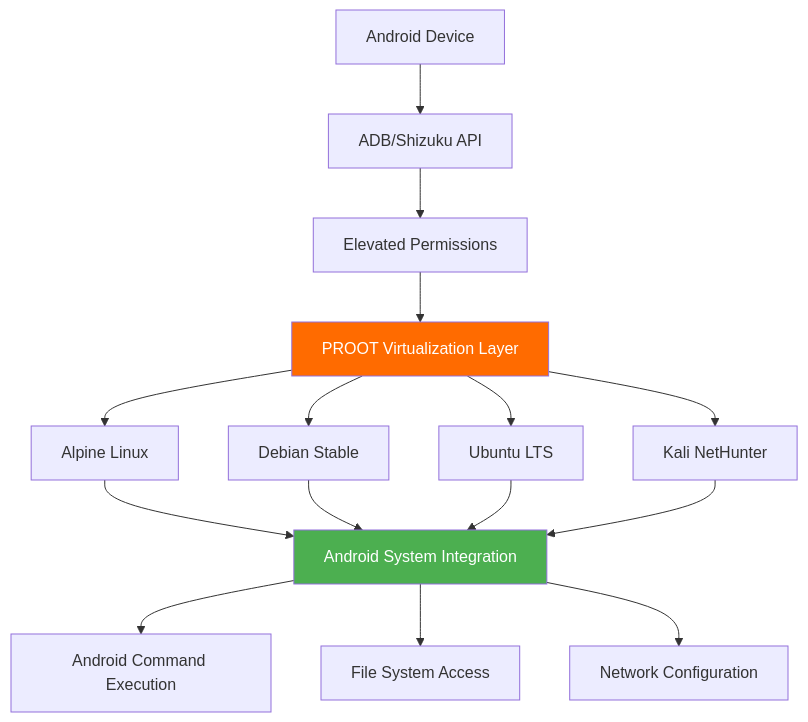
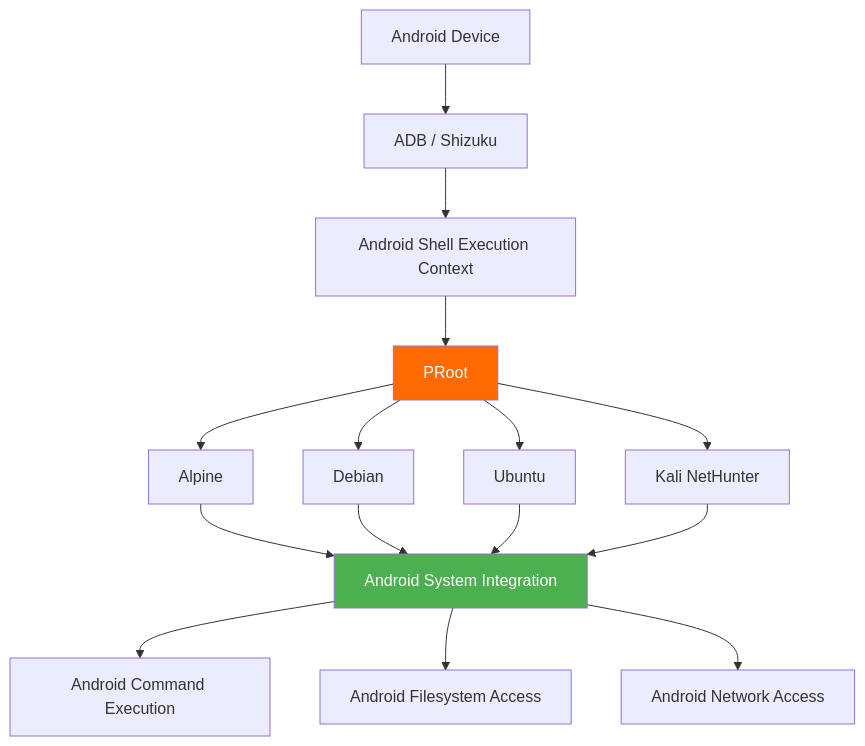
The diagram in metadata/readme/0102.md (niorlusxAI/TermuxHub), drawn with Mermaid before and after one commit. The commit also changed other lines of this file and 2 other files, not shown here.

````diff
--- a/metadata/readme/0102.md
+++ b/metadata/readme/0102.md
@@ -206,23 +92,23 @@
 ```mermaid
 graph TD
-    A[Android Device] --> B[ADB/Shizuku API]
-    B --> C[Elevated Permissions]
-    C --> D[PROOT Virtualization Layer]
-    
-    D --> E[Alpine Linux]
-    D --> F[Debian Stable]
-    D --> G[Ubuntu LTS]
+    A[Android Device] --> B[ADB / Shizuku]
+    B --> C[Android Shell Execution Context]
+    C --> D[PRoot]
+
+    D --> E[Alpine]
+    D --> F[Debian]
+    D --> G[Ubuntu]
     D --> H[Kali NetHunter]
-    
+
     E --> I[Android System Integration]
     F --> I
     G --> I
     H --> I
-    
+
     I --> K[Android Command Execution]
-    I --> L[File System Access]
-    I --> M[Network Configuration]
-    
+    I --> L[Android Filesystem Access]
+    I --> M[Android Network Access]
+
     style D fill:#FF6B00,color:white
     style I fill:#4CAF50,color:white
 ```
````
